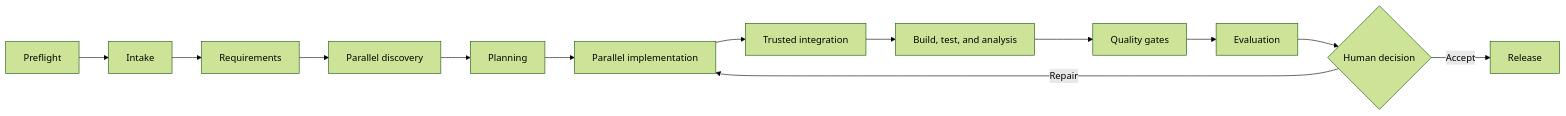
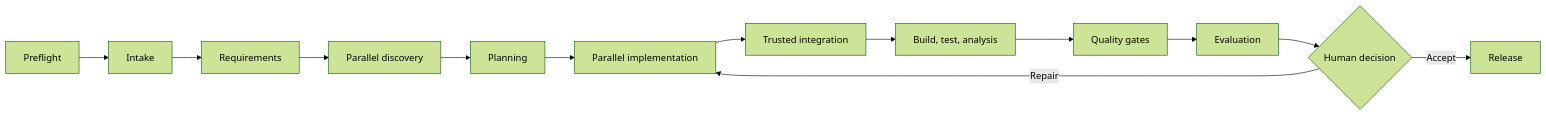
The second of 3 diagrams in README.md (rahulhegde/multi-agent-aidlc), drawn with Mermaid (forest theme) before and after one commit. The commit also changed other lines of this file and 10 other files, not shown here.

````diff
--- a/README.md
+++ b/README.md
@@ -25,15 +84,15 @@
 ```mermaid
 flowchart LR
     P[Preflight] --> I[Intake]
     I --> R[Requirements]
     R --> D[Parallel discovery]
     D --> L[Planning]
     L --> M[Parallel implementation]
     M --> G[Trusted integration]
-    G --> V[Build, test, and analysis]
+    G --> V[Build, test, analysis]
     V --> Q[Quality gates]
     Q --> E[Evaluation]
     E --> H{Human decision}
     H -->|Accept| X[Release]
     H -->|Repair| M
 ```
````
